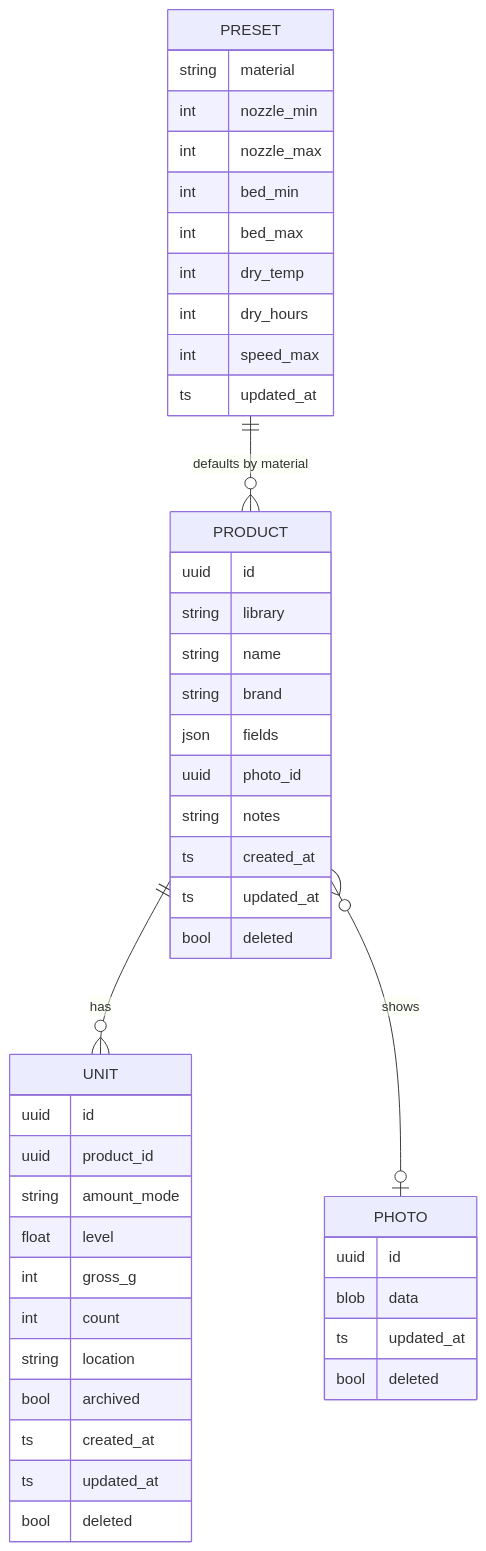
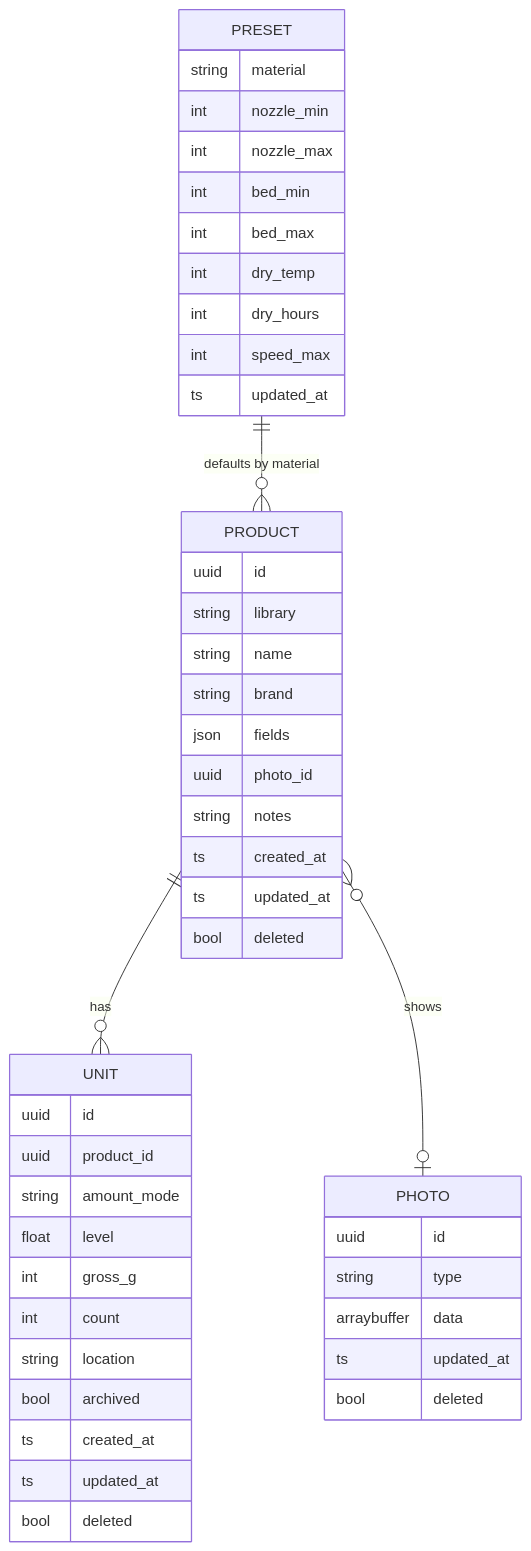
One commit to HCoel/spool-library changed the second of 4 diagrams in docs/superpowers/specs/2026-10-12-spool-library-design.md. Above: the diagram before and after it, drawn with Mermaid. The commit also changed other lines of this file and 1 other file, not shown here.

Commit message:
Add phase 1 implementation plan

````diff
--- a/docs/superpowers/specs/2026-10-12-spool-library-design.md
+++ b/docs/superpowers/specs/2026-10-12-spool-library-design.md
@@ -99,48 +99,49 @@
 ```mermaid
 erDiagram
     PRODUCT ||--o{ UNIT : has
     PRODUCT }o--o| PHOTO : shows
     PRESET ||--o{ PRODUCT : "defaults by material"
     PRODUCT {
         uuid id
         string library
         string name
         string brand
         json fields
         uuid photo_id
         string notes
         ts created_at
         ts updated_at
         bool deleted
     }
     UNIT {
         uuid id
         uuid product_id
         string amount_mode
         float level
         int gross_g
         int count
         string location
         bool archived
         ts created_at
         ts updated_at
         bool deleted
     }
     PRESET {
         string material
         int nozzle_min
         int nozzle_max
         int bed_min
         int bed_max
         int dry_temp
         int dry_hours
         int speed_max
         ts updated_at
     }
     PHOTO {
         uuid id
-        blob data
+        string type
+        arraybuffer data
         ts updated_at
         bool deleted
     }
 ```
````
